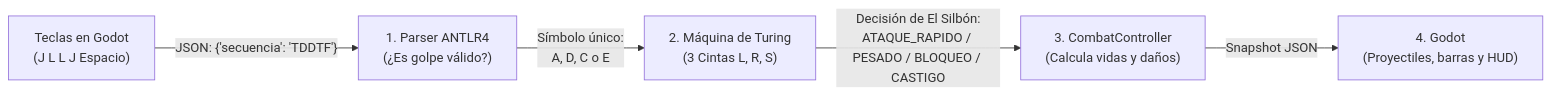
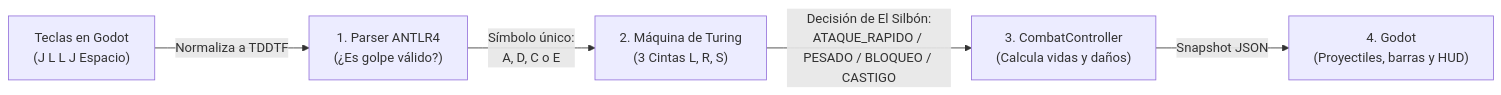
Before and after one commit to nicolaslozanoc12/juego-de-lenguajes: the first of 2 diagrams in Documentacion/Documentacion_tecnica/guia_maquina_de_turing.md, drawn with Mermaid. The commit also changed other lines of this file and 23 other files, not shown here.

````diff
--- a/Documentacion/Documentacion_tecnica/guia_maquina_de_turing.md
+++ b/Documentacion/Documentacion_tecnica/guia_maquina_de_turing.md
@@ -23,7 +23,7 @@
 ```mermaid
 flowchart LR
-    T["Teclas en Godot\n(J L L J Espacio)"] -->|"JSON: {'secuencia': 'TDDTF'}"| ANTLR["1. Parser ANTLR4\n(¿Es golpe válido?)"]
+    T["Teclas en Godot\n(J L L J Espacio)"] -->|"Normaliza a TDDTF"| ANTLR["1. Parser ANTLR4\n(¿Es golpe válido?)"]
     ANTLR -->|"Símbolo único:\nA, D, C o E"| MT["2. Máquina de Turing\n(3 Cintas L, R, S)"]
     MT -->|"Decisión de El Silbón:\nATAQUE_RAPIDO / PESADO / BLOQUEO / CASTIGO"| Combat["3. CombatController\n(Calcula vidas y daños)"]
     Combat -->|"Snapshot JSON"| Godot["4. Godot\n(Proyectiles, barras y HUD)"]
 ```
````
